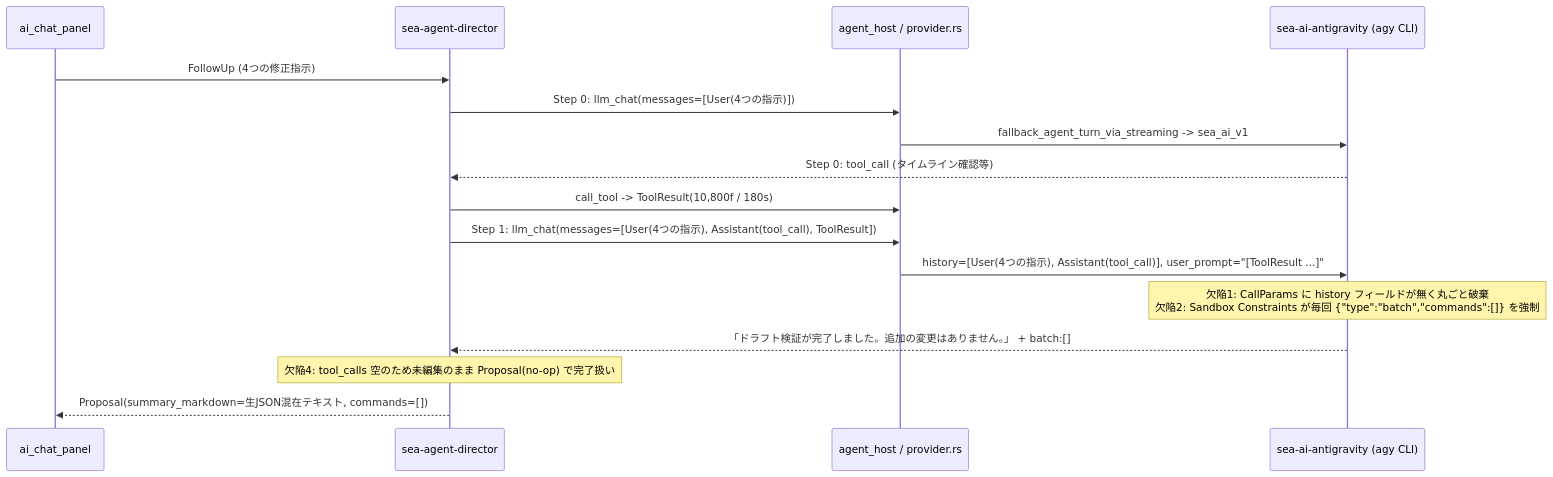
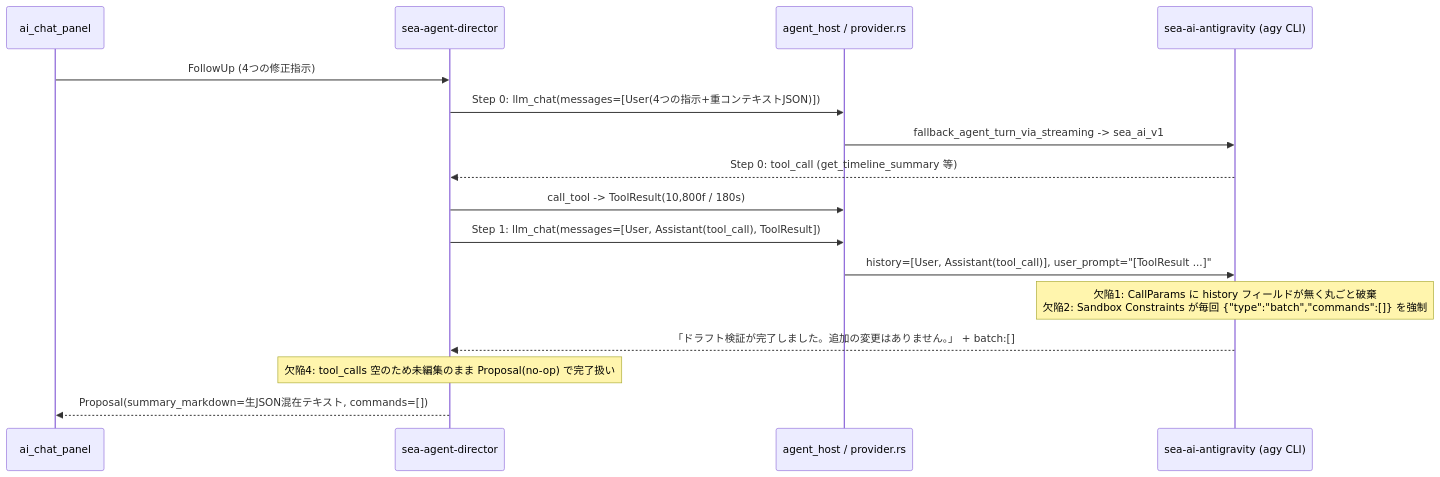
Before and after one commit to Seaoftrees08/sea-movie-creator: the first of 3 diagrams in dev-doc/014-ai-chat-reliability-status-and-copy.md, drawn with Mermaid. The commit also changed other lines of this file, not shown here.

````diff
--- a/dev-doc/014-ai-chat-reliability-status-and-copy.md
+++ b/dev-doc/014-ai-chat-reliability-status-and-copy.md
@@ -33,19 +33,19 @@
 ```mermaid
 sequenceDiagram
     participant UI as ai_chat_panel
     participant Dir as sea-agent-director
     participant Host as agent_host / provider.rs
     participant Agy as sea-ai-antigravity (agy CLI)
 
     UI->>Dir: FollowUp (4つの修正指示)
-    Dir->>Host: Step 0: llm_chat(messages=[User(4つの指示)])
+    Dir->>Host: Step 0: llm_chat(messages=[User(4つの指示+重コンテキストJSON)])
     Host->>Agy: fallback_agent_turn_via_streaming -> sea_ai_v1
-    Agy-->>Dir: Step 0: tool_call (タイムライン確認等)
+    Agy-->>Dir: Step 0: tool_call (get_timeline_summary 等)
     Dir->>Host: call_tool -> ToolResult(10,800f / 180s)
-    Dir->>Host: Step 1: llm_chat(messages=[User(4つの指示), Assistant(tool_call), ToolResult])
-    Host->>Agy: history=[User(4つの指示), Assistant(tool_call)], user_prompt="[ToolResult ...]"
+    Dir->>Host: Step 1: llm_chat(messages=[User, Assistant(tool_call), ToolResult])
+    Host->>Agy: history=[User, Assistant(tool_call)], user_prompt="[ToolResult ...]"
     Note over Agy: 欠陥1: CallParams に history フィールドが無く丸ごと破棄<br/>欠陥2: Sandbox Constraints が毎回 {"type":"batch","commands":[]} を強制
     Agy-->>Dir: 「ドラフト検証が完了しました。追加の変更はありません。」 + batch:[]
     Note over Dir: 欠陥4: tool_calls 空のため未編集のまま Proposal(no-op) で完了扱い
     Dir-->>UI: Proposal(summary_markdown=生JSON混在テキスト, commands=[])
 ```
````
